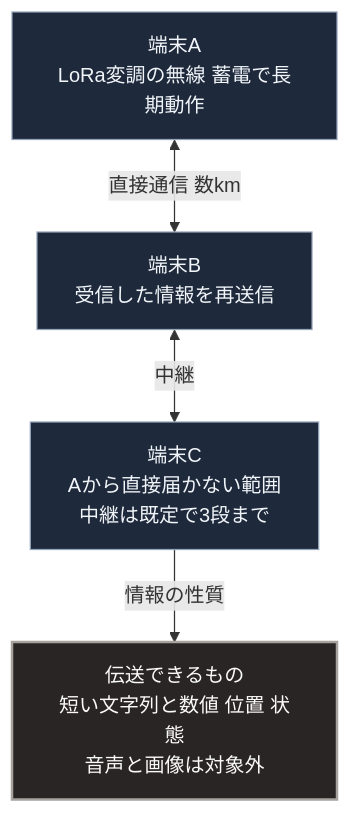
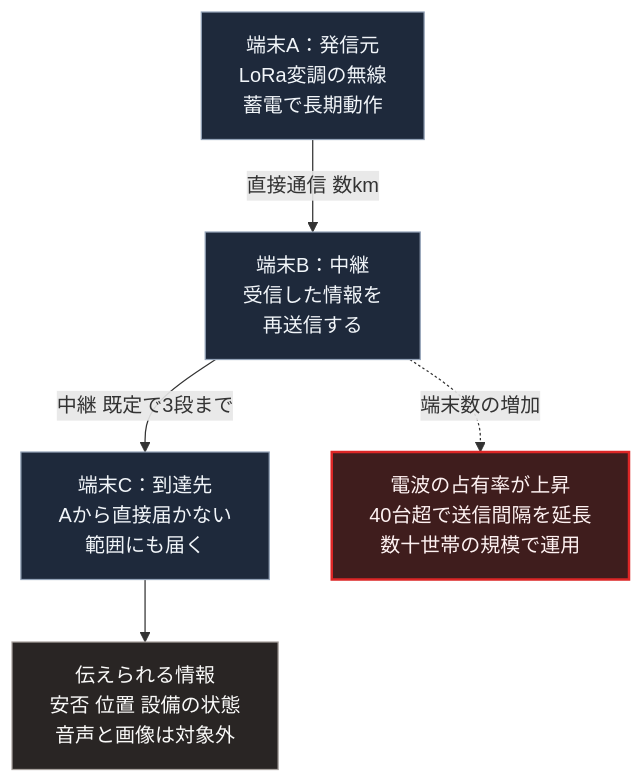
The diagram in books/sovereign-resilience-blueprint/59_p2p-mesh-lora-offline-communication.md (Takenori-Kusaka/zenn-content), drawn with Mermaid before and after one commit. The commit also changed other lines of this file and 114 other files, not shown here.

````diff
--- a/books/sovereign-resilience-blueprint/59_p2p-mesh-lora-offline-communication.md
+++ b/books/sovereign-resilience-blueprint/59_p2p-mesh-lora-offline-communication.md
@@ -53,12 +53,14 @@
 ```mermaid
 flowchart TD
-    T1[端末A<br>LoRa変調の無線 蓄電で長期動作]
-    T1 <-->|直接通信 数km| T2[端末B<br>受信した情報を再送信]
-    T2 <-->|中継| T3[端末C<br>Aから直接届かない範囲<br>中継は既定で3段まで]
-    T3 -->|情報の性質| L[伝送できるもの<br>短い文字列と数値 位置 状態<br>音声と画像は対象外]
+    T1[端末A：発信元<br>LoRa変調の無線<br>蓄電で長期動作]
+    T1 -->|直接通信 数km| T2[端末B：中継<br>受信した情報を<br>再送信する]
+    T2 -->|中継 既定で3段まで| T3[端末C：到達先<br>Aから直接届かない<br>範囲にも届く]
+    T2 -.->|端末数の増加| K[電波の占有率が上昇<br>40台超で送信間隔を延長<br>数十世帯の規模で運用]
+    T3 --> L[伝えられる情報<br>安否 位置 設備の状態<br>音声と画像は対象外]
 
     style T1 fill:#1e293b,stroke:#94a3b8,color:#f1f5f9
     style T2 fill:#1e293b,stroke:#94a3b8,color:#f1f5f9
     style T3 fill:#1e293b,stroke:#94a3b8,color:#f1f5f9
-    style L fill:#292524,stroke:#a8a29e,stroke-width:2px,color:#fafaf9
+    style K fill:#3f1d1d,stroke:#dc2626,stroke-width:2px,color:#fef2f2
+    style L fill:#292524,stroke:#a8a29e,color:#fafaf9
 ```
````
